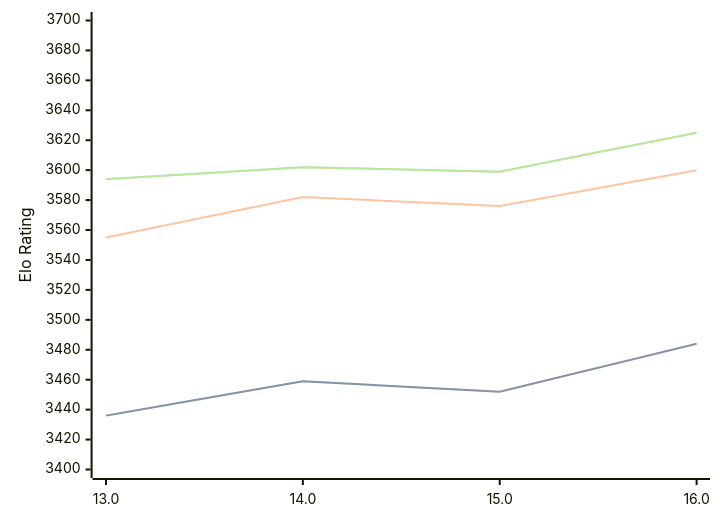
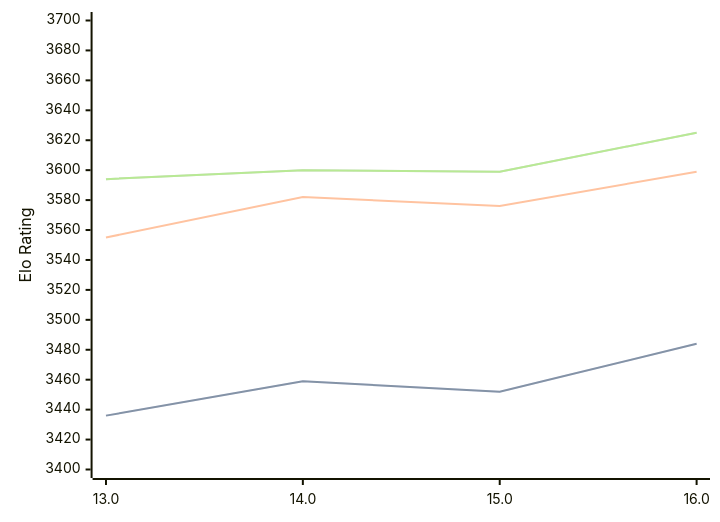
One commit to computer-chess-index/cci changed the diagram in engines/Obsidian.md. Above: the diagram before and after it, drawn with Mermaid. The commit also changed other lines of this file, not shown here.

Commit message:
Update CCI Ratings (ELO VLTC) - 2026-02-28

````diff
--- a/engines/Obsidian.md
+++ b/engines/Obsidian.md
@@ -41,11 +41,11 @@
 ```mermaid
 %%{init: {"theme":"base","themeVariables":{"seriesColors:['#a3a3a3','#222221','#faa371']}}}%%
 xychart-beta
   x-axis ["13.0", "14.0", "15.0", "16.0"]
   y-axis "Elo Rating" 3400 --> 3700
   line "STC (8.0+0.08s)" [3436, 3459, 3452, 3484]
   line "STC (8.0+0.08s)" [3436, 3459, 3452, 3484]
-  line "LTC (60.0+0.60s)" [3555, 3582, 3576, 3600]
-  line "VLTC (2m24s+1.12s)" [3594, 3602, 3599, 3625]
-  line "VLTC (2m24s+1.12s)" [3594, 3602, 3599, 3625]
+  line "LTC (60.0+0.60s)" [3555, 3582, 3576, 3599]
+  line "VLTC (2m24s+1.12s)" [3594, 3600, 3599, 3625]
+  line "VLTC (2m24s+1.12s)" [3594, 3600, 3599, 3625]
 ```
````
